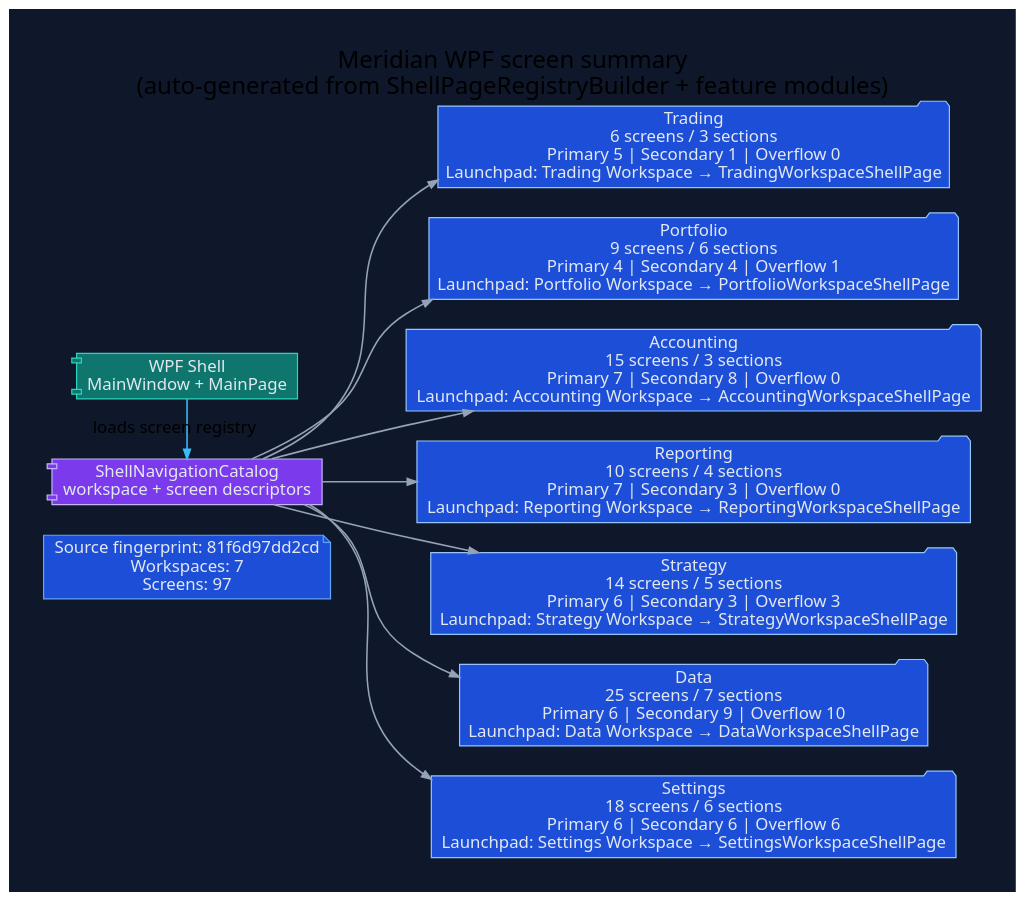
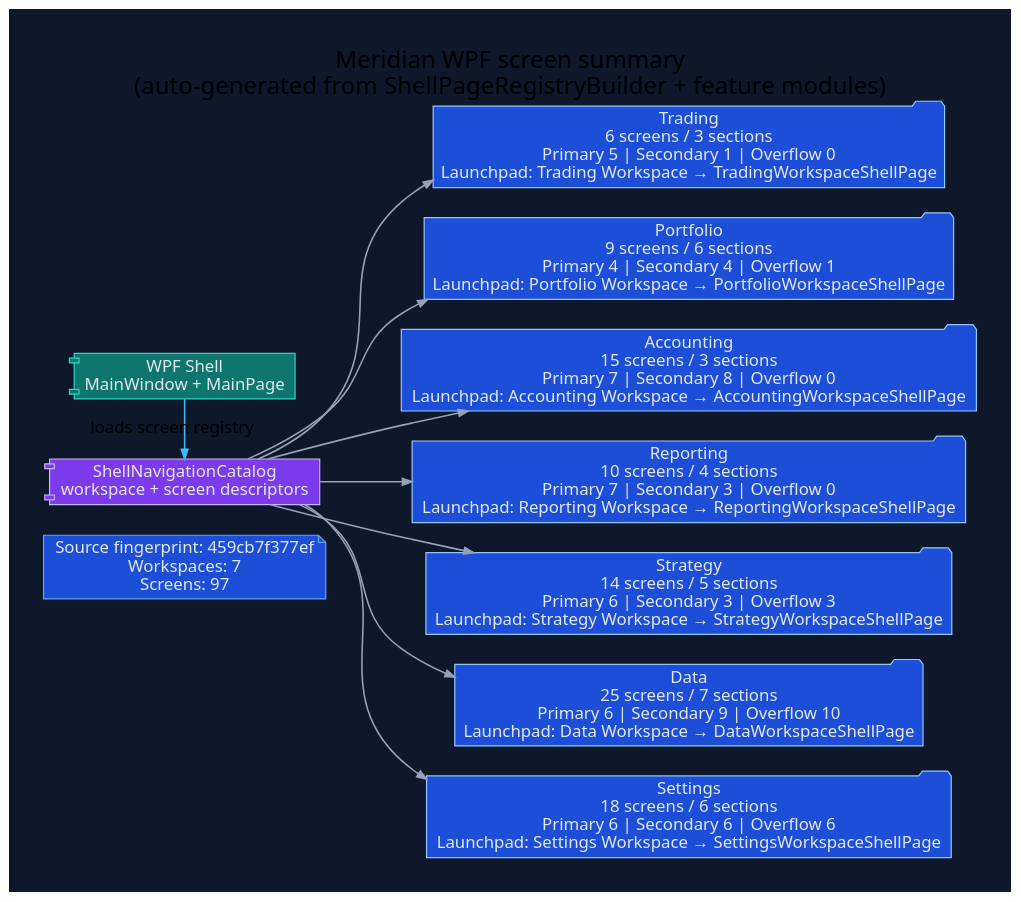
One commit to rodoHasArrived/Meridian-main changed the diagram in docs/diagrams/ui/ui-wpf-screen-summary.dot. Above: the diagram before and after it, drawn with Graphviz. The commit also changed 43 other files, not shown here.

First line of the commit message:
Regenerate the UI diagrams for the rewired Trading command bar

```diff
--- a/docs/diagrams/ui/ui-wpf-screen-summary.dot
+++ b/docs/diagrams/ui/ui-wpf-screen-summary.dot
@@ -1,42 +1,42 @@
 // -----------------------------------------------------------------------------
 // <auto-generated>
 // Generated by scripts/generate-diagrams.mjs.
 // Do not edit this file directly; update the WPF source files instead.
 // -----------------------------------------------------------------------------
 digraph WpfScreenSummary {
   graph [
     rankdir=LR,
     labelloc=t,
     label="Meridian WPF screen summary\n(auto-generated from ShellPageRegistryBuilder + feature modules)",
     fontname="Segoe UI",
     fontsize=20,
     pad=0.4,
     nodesep=0.35,
     ranksep=0.85,
     bgcolor="#0f172a"
   ];
   node [fontname="Segoe UI", shape=box, style="rounded,filled", color="#475569", fontcolor="#e2e8f0", fillcolor="#1e293b"];
   edge [fontname="Segoe UI", color="#94a3b8", penwidth=1.3, arrowsize=0.8];
 
-  generated [shape=note, fillcolor="#1d4ed8", color="#60a5fa", label="Source fingerprint: 81f6d97dd2cd\nWorkspaces: 7\nScreens: 97"];
+  generated [shape=note, fillcolor="#1d4ed8", color="#60a5fa", label="Source fingerprint: 459cb7f377ef\nWorkspaces: 7\nScreens: 97"];
   shell [shape=component, fillcolor="#0f766e", color="#2dd4bf", label="WPF Shell\nMainWindow + MainPage"];
   catalog [shape=component, fillcolor="#7c3aed", color="#c4b5fd", label="ShellNavigationCatalog\nworkspace + screen descriptors"];
   shell -> catalog [label="loads screen registry", color="#38bdf8"];
 
   workspace_1 [shape=folder, fillcolor="#1d4ed8", color="#93c5fd", label="Trading\n6 screens / 3 sections\nPrimary 5 | Secondary 1 | Overflow 0\nLaunchpad: Trading Workspace → TradingWorkspaceShellPage"];
   catalog -> workspace_1;
   workspace_2 [shape=folder, fillcolor="#1d4ed8", color="#93c5fd", label="Portfolio\n9 screens / 6 sections\nPrimary 4 | Secondary 4 | Overflow 1\nLaunchpad: Portfolio Workspace → PortfolioWorkspaceShellPage"];
   catalog -> workspace_2;
   workspace_3 [shape=folder, fillcolor="#1d4ed8", color="#93c5fd", label="Accounting\n15 screens / 3 sections\nPrimary 7 | Secondary 8 | Overflow 0\nLaunchpad: Accounting Workspace → AccountingWorkspaceShellPage"];
   catalog -> workspace_3;
   workspace_4 [shape=folder, fillcolor="#1d4ed8", color="#93c5fd", label="Reporting\n10 screens / 4 sections\nPrimary 7 | Secondary 3 | Overflow 0\nLaunchpad: Reporting Workspace → ReportingWorkspaceShellPage"];
   catalog -> workspace_4;
   workspace_5 [shape=folder, fillcolor="#1d4ed8", color="#93c5fd", label="Strategy\n14 screens / 5 sections\nPrimary 6 | Secondary 3 | Overflow 3\nLaunchpad: Strategy Workspace → StrategyWorkspaceShellPage"];
   catalog -> workspace_5;
   workspace_6 [shape=folder, fillcolor="#1d4ed8", color="#93c5fd", label="Data\n25 screens / 7 sections\nPrimary 6 | Secondary 9 | Overflow 10\nLaunchpad: Data Workspace → DataWorkspaceShellPage"];
   catalog -> workspace_6;
   workspace_7 [shape=folder, fillcolor="#1d4ed8", color="#93c5fd", label="Settings\n18 screens / 6 sections\nPrimary 6 | Secondary 6 | Overflow 6\nLaunchpad: Settings Workspace → SettingsWorkspaceShellPage"];
   catalog -> workspace_7;
 
   { rank=min; generated; shell; catalog; }
 }
```
